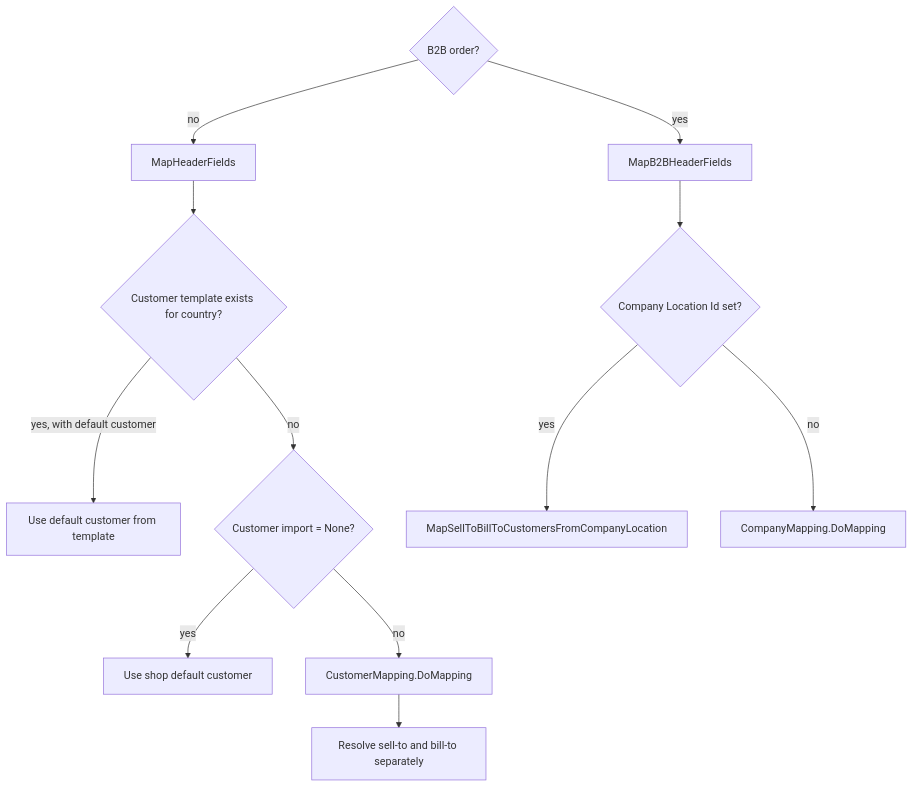
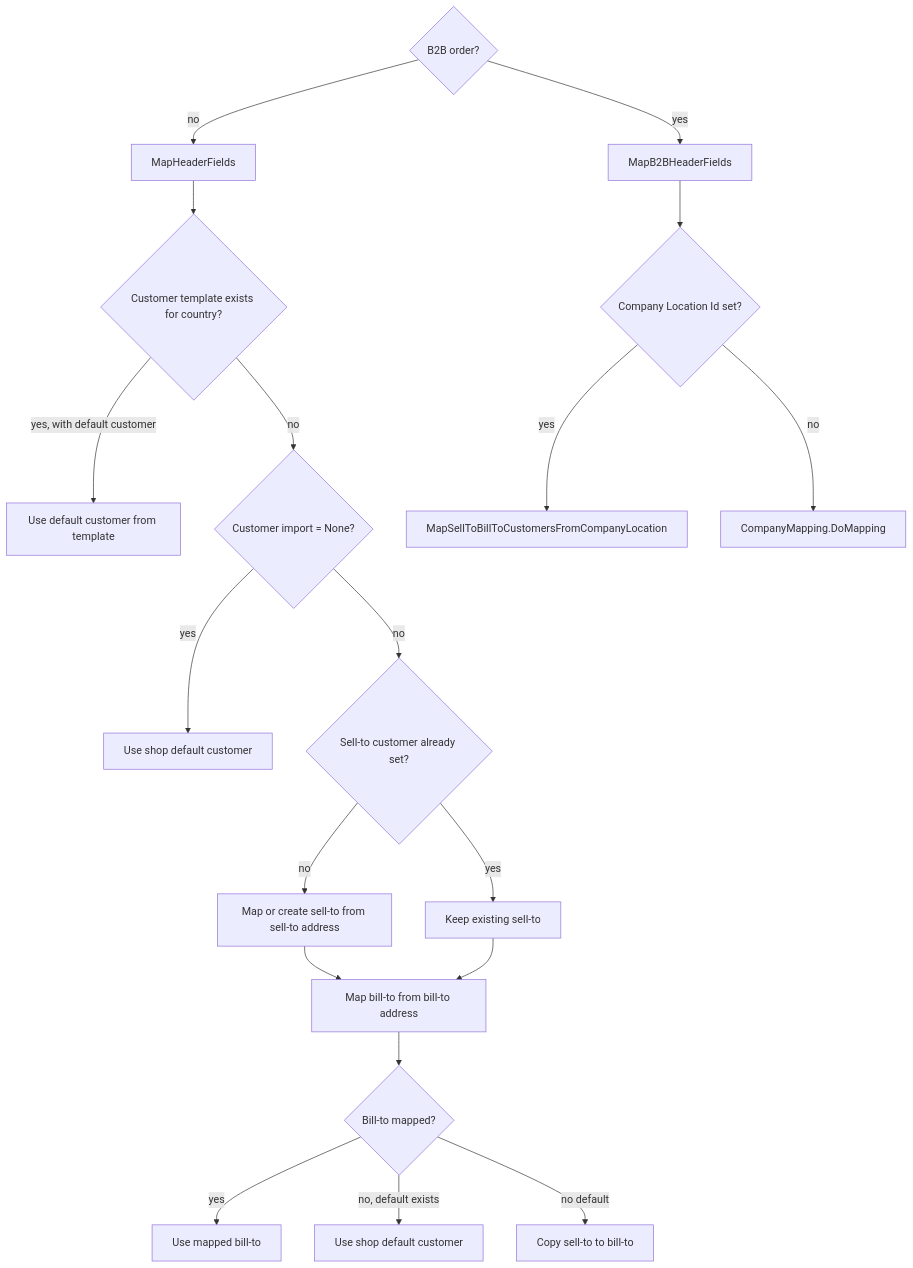
Before and after one commit to StefanMaron/MSDyn365BC.Sandbox.Code.History: the second of 2 diagrams in Shopify Connector/src/Order handling/docs/business-logic.md, drawn with Mermaid. The commit also changed other lines of this file and 407 other files, not shown here.

````diff
--- a/Shopify Connector/src/Order handling/docs/business-logic.md
+++ b/Shopify Connector/src/Order handling/docs/business-logic.md
@@ -42,14 +54,21 @@
 ```mermaid
 flowchart TD
     A{B2B order?} -->|no| B[MapHeaderFields]
     A -->|yes| C[MapB2BHeaderFields]
     B --> D{Customer template exists for country?}
     D -->|yes, with default customer| E[Use default customer from template]
     D -->|no| F{Customer import = None?}
     F -->|yes| G[Use shop default customer]
-    F -->|no| H[CustomerMapping.DoMapping]
-    H --> I[Resolve sell-to and bill-to separately]
-    C --> J{Company Location Id set?}
-    J -->|yes| K[MapSellToBillToCustomersFromCompanyLocation]
-    J -->|no| L[CompanyMapping.DoMapping]
+    F -->|no| H{Sell-to customer already set?}
+    H -->|no| I[Map or create sell-to from sell-to address]
+    H -->|yes| I2[Keep existing sell-to]
+    I --> K[Map bill-to from bill-to address]
+    I2 --> K
+    K --> L{Bill-to mapped?}
+    L -->|yes| M[Use mapped bill-to]
+    L -->|no, default exists| N[Use shop default customer]
+    L -->|no default| O[Copy sell-to to bill-to]
+    C --> B2BLoc{Company Location Id set?}
+    B2BLoc -->|yes| P[MapSellToBillToCustomersFromCompanyLocation]
+    B2BLoc -->|no| Q[CompanyMapping.DoMapping]
 ```
````
